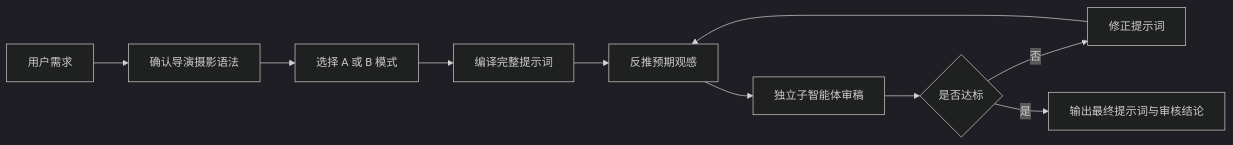
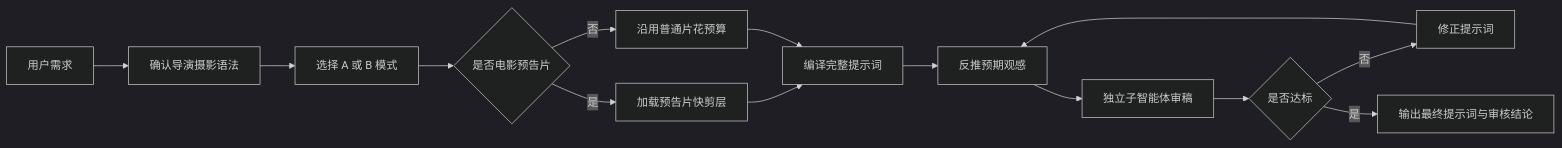
One commit to skinia612/ch-director-film changed the diagram in README.md. Above: the diagram before and after it, drawn with Mermaid (dark theme). The commit also changed other lines of this file and 8 other files, not shown here.

````diff
--- a/README.md
+++ b/README.md
@@ -20,12 +23,16 @@
 ```mermaid
 flowchart LR
     A[用户需求] --> B[确认导演摄影语法]
     B --> C[选择 A 或 B 模式]
-    C --> D[编译完整提示词]
-    D --> E[反推预期观感]
+    C --> D{是否电影预告片}
+    D -- 是 --> J[加载预告片快剪层]
+    D -- 否 --> K[沿用普通片花预算]
+    J --> L[编译完整提示词]
+    K --> L
+    L --> E[反推预期观感]
     E --> F[独立子智能体审稿]
     F --> G{是否达标}
     G -- 否 --> H[修正提示词]
     H --> E
     G -- 是 --> I[输出最终提示词与审核结论]
 ```
````
